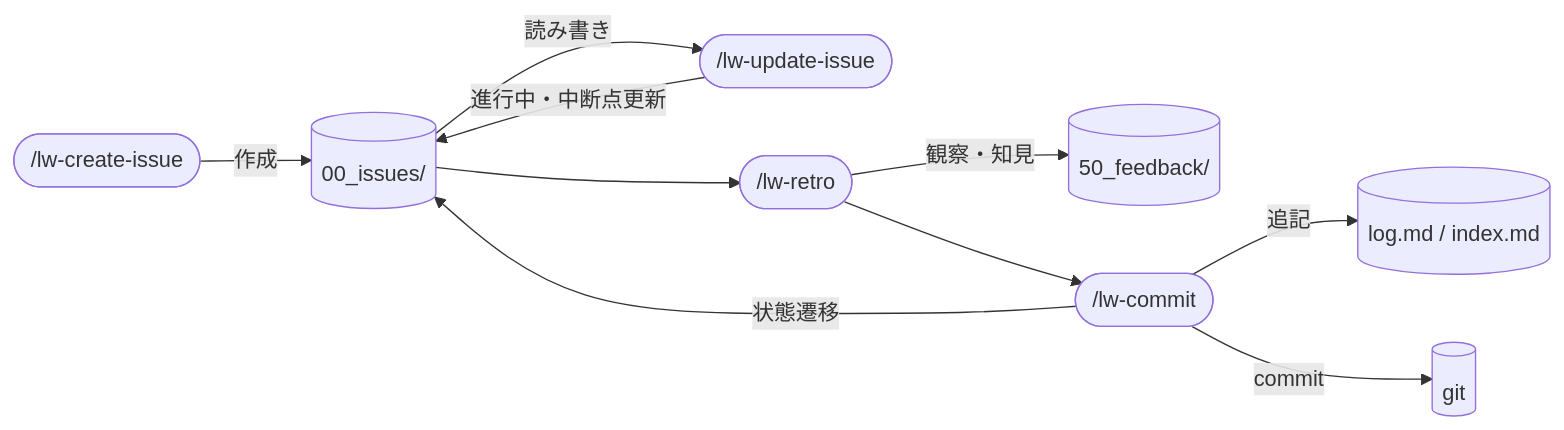
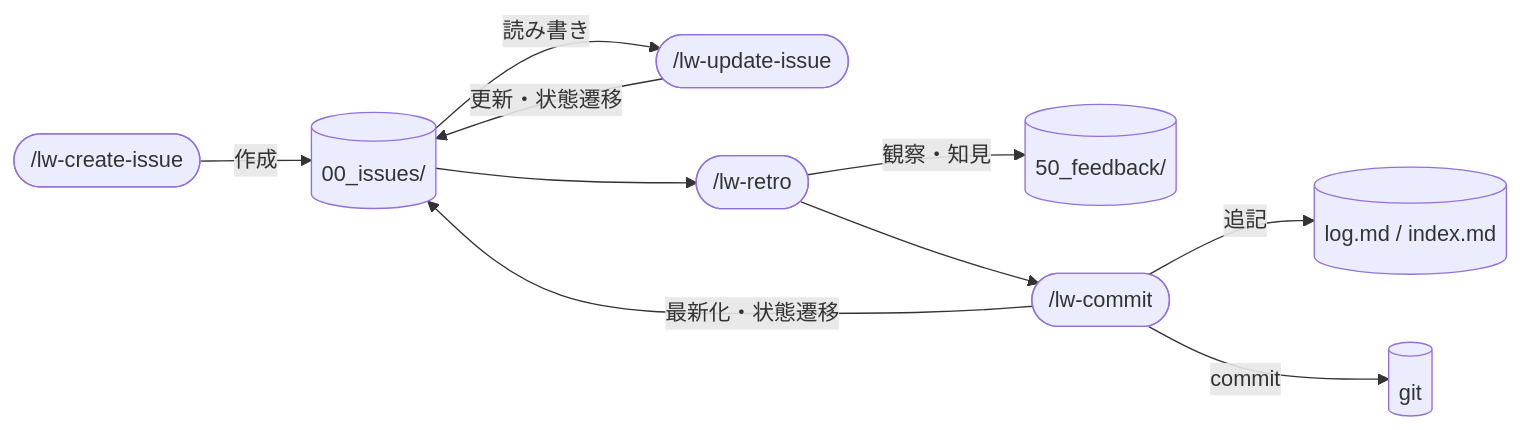
Before and after one commit to yu-takahas/llm-wiki-kit: the first of 3 diagrams in docs/lw-kit/lw-kit-アーキテクチャ設計.md, drawn with Mermaid. The commit also changed other lines of this file and 10 other files, not shown here.

````diff
--- a/docs/lw-kit/lw-kit-アーキテクチャ設計.md
+++ b/docs/lw-kit/lw-kit-アーキテクチャ設計.md
@@ -109,12 +109,12 @@
 ```mermaid
 graph LR
     create(["/lw-create-issue"]) -->|"作成"| issues[("00_issues/")]
     issues -->|"読み書き"| update(["/lw-update-issue"])
-    update -->|"進行中・中断点更新"| issues
+    update -->|"更新・状態遷移"| issues
     issues --> retro(["/lw-retro"])
     retro -->|"観察・知見"| feedback[("50_feedback/")]
     retro --> commit(["/lw-commit"])
-    commit -->|"状態遷移"| issues
+    commit -->|"最新化・状態遷移"| issues
     commit -->|"追記"| log[("log.md / index.md")]
     commit -->|"commit"| git[("git")]
 ```
````
